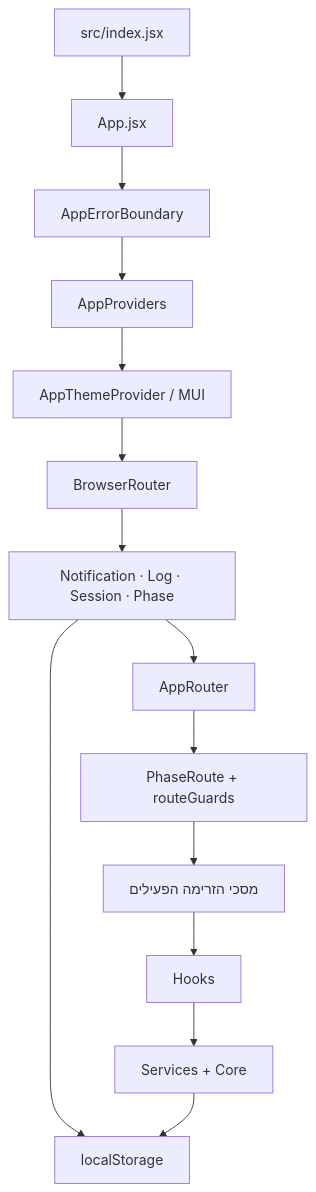
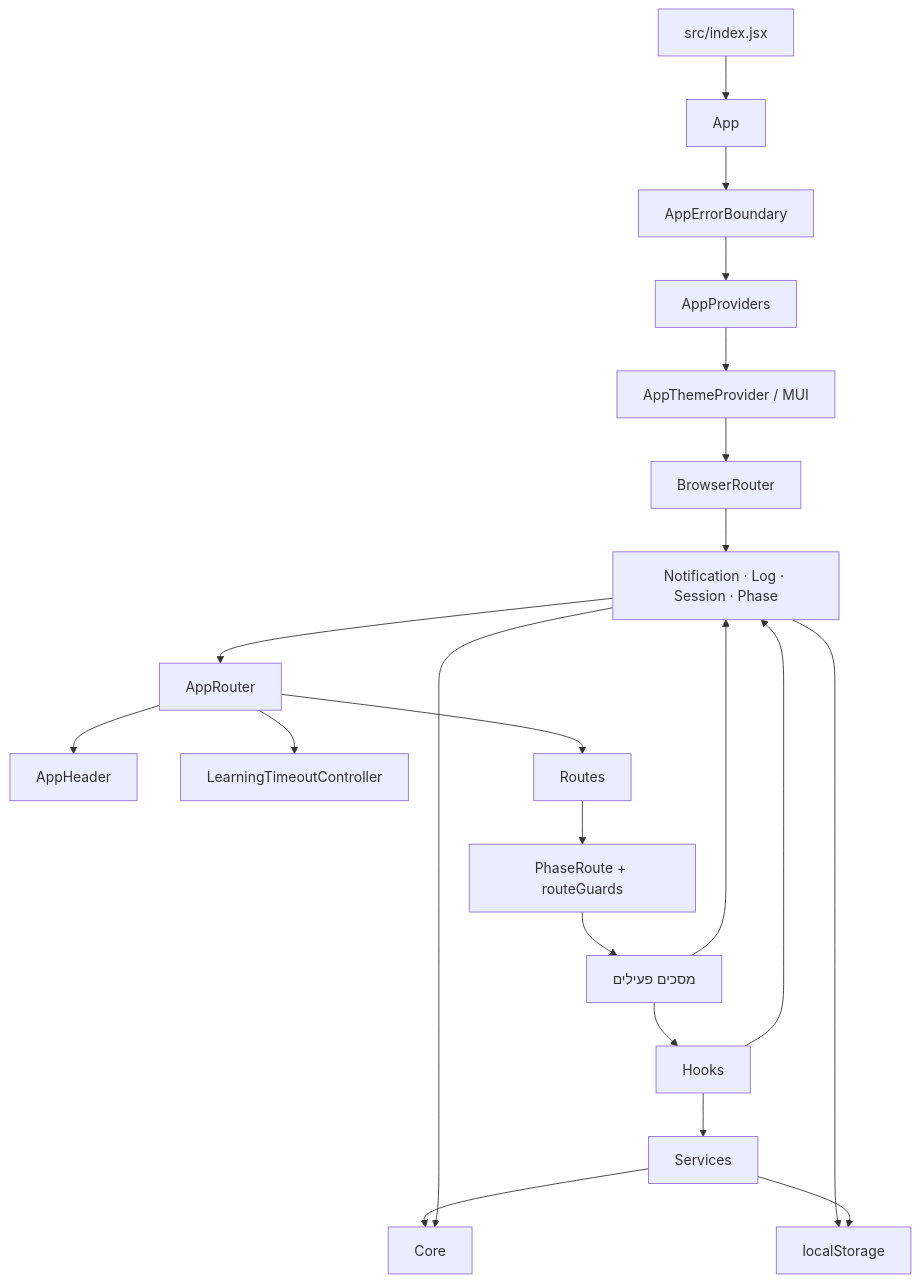
Before and after one commit to malamud3/Burrito: the diagram in docs/architecture.md, drawn with Mermaid. The commit also changed other lines of this file, not shown here.

Commit message:
Changes to be committed: 	modified:   docs/architecture.md

````diff
--- a/docs/architecture.md
+++ b/docs/architecture.md
@@ -9,16 +11,17 @@
 ```mermaid
 flowchart TD
-    Entry["src/index.jsx"] --> App["App.jsx"]
-    App --> ErrorBoundary["AppErrorBoundary"]
-    ErrorBoundary --> Providers["AppProviders"]
-    Providers --> Theme["AppThemeProvider / MUI"]
-    Theme --> RouterProvider["BrowserRouter"]
-    RouterProvider --> Contexts["Notification · Log · Session · Phase"]
-    Contexts --> AppRouter["AppRouter"]
-    AppRouter --> Guards["PhaseRoute + routeGuards"]
-    Guards --> Screens["מסכי הזרימה הפעילים"]
+    Entry["src/index.jsx"] --> App["App"] --> Boundary["AppErrorBoundary"] --> Providers["AppProviders"]
+    Providers --> Theme["AppThemeProvider / MUI"] --> Browser["BrowserRouter"]
+    Browser --> Contexts["Notification · Log · Session · Phase"]
+    Contexts --> Router["AppRouter"]
+    Router --> Header["AppHeader"]
+    Router --> Timeout["LearningTimeoutController"]
+    Router --> Routes["Routes"] --> Guard["PhaseRoute + routeGuards"] --> Screens["מסכים פעילים"]
     Screens --> Hooks["Hooks"]
-    Hooks --> Services["Services + Core"]
+    Screens --> Contexts
+    Hooks --> Contexts
+    Hooks --> Services["Services"] --> Core["Core"]
+    Contexts --> Core
     Contexts --> Storage["localStorage"]
     Services --> Storage
 ```
````
